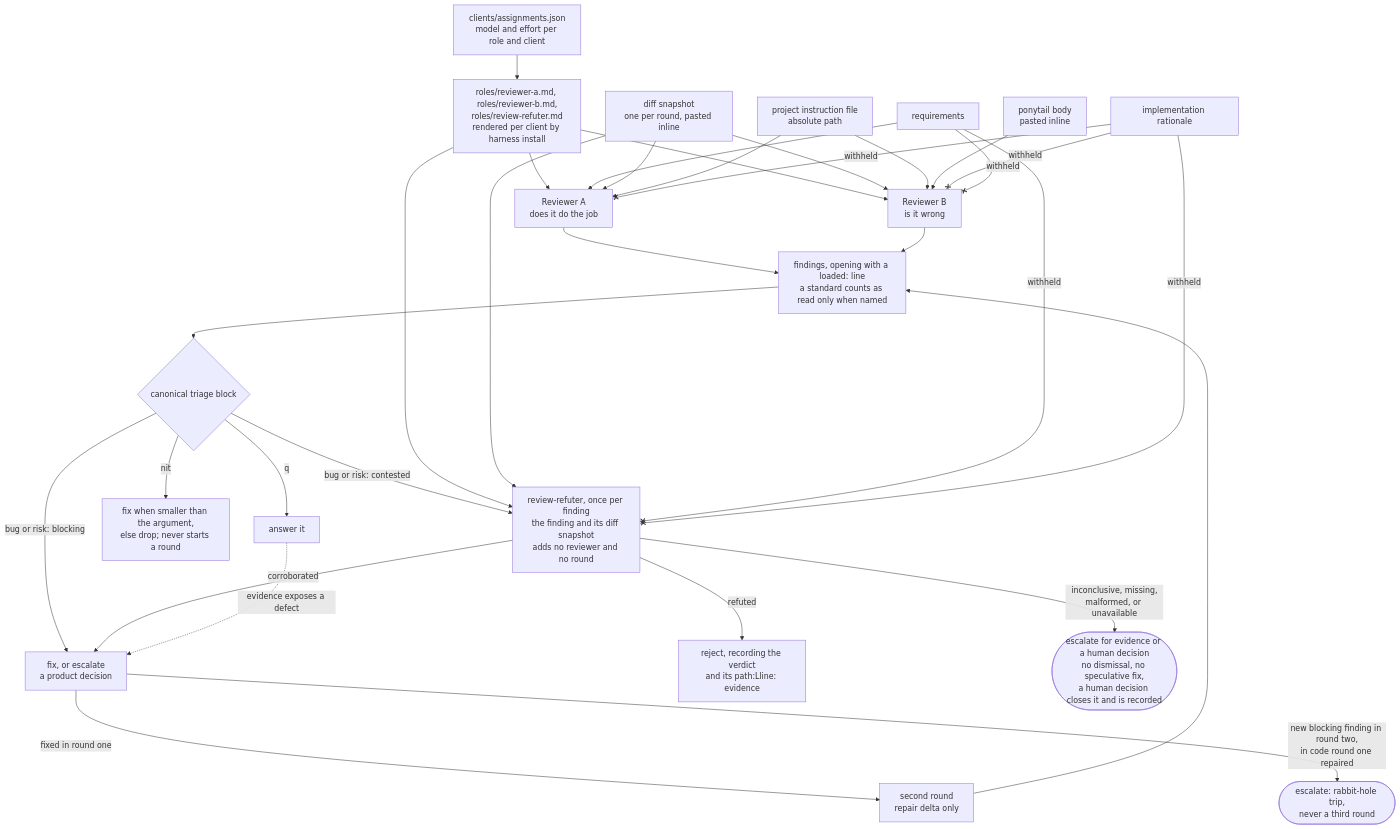
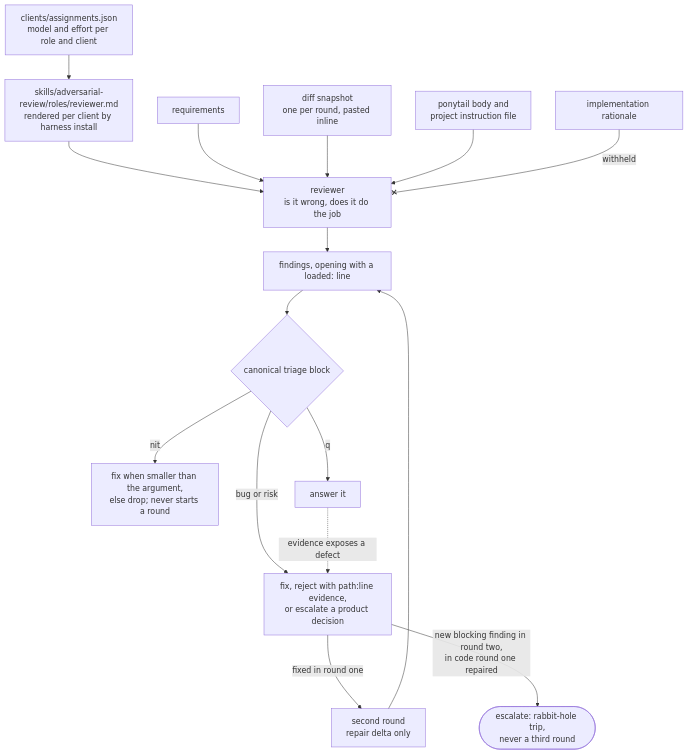
The second of 4 diagrams in README.md (jvillegasd/harness), drawn with Mermaid before and after one commit. The commit also changed other lines of this file and 58 other files, not shown here.

````diff
--- a/README.md
+++ b/README.md
@@ -130,33 +131,18 @@
 ```mermaid
 flowchart TD
-    assign["clients/assignments.json<br>model and effort per role and client"] --> roles["roles/reviewer-a.md, roles/reviewer-b.md,<br>roles/review-refuter.md<br>rendered per client by harness install"]
-    roles --> a["Reviewer A<br>does it do the job"]
-    roles --> b["Reviewer B<br>is it wrong"]
-    req["requirements"] --> a
-    snap["diff snapshot<br>one per round, pasted inline"] --> a
-    snap --> b
-    project["project instruction file<br>absolute path"] --> a
-    project --> b
-    ponytail["ponytail body<br>pasted inline"] --> b
-    rationale["implementation rationale"] --x|withheld| a
-    rationale --x|withheld| b
-    req --x|withheld| b
-    a --> findings["findings, opening with a loaded: line<br>a standard counts as read only when named"]
-    b --> findings
+    assign["clients/assignments.json<br>model and effort per role and client"] --> role["skills/adversarial-review/roles/reviewer.md<br>rendered per client by harness install"]
+    role --> r["reviewer<br>is it wrong, does it do the job"]
+    req["requirements"] --> r
+    snap["diff snapshot<br>one per round, pasted inline"] --> r
+    standards["ponytail body and<br>project instruction file"] --> r
+    rationale["implementation rationale"] --x|withheld| r
+    r --> findings["findings, opening with a loaded: line"]
     findings --> triage{"canonical triage block"}
-    triage -->|bug or risk: blocking| blocking["fix, or escalate<br>a product decision"]
-    triage -->|bug or risk: contested| refuter["review-refuter, once per finding<br>the finding and its diff snapshot<br>adds no reviewer and no round"]
-    roles --> refuter
-    snap --> refuter
-    req --x|withheld| refuter
-    rationale --x|withheld| refuter
-    refuter -->|corroborated| blocking
-    refuter -->|refuted| rejected["reject, recording the verdict<br>and its path:Lline: evidence"]
-    refuter -->|inconclusive, missing,<br>malformed, or unavailable| uncertain(["escalate for evidence or a human decision<br>no dismissal, no speculative fix,<br>a human decision closes it and is recorded"])
+    triage -->|bug or risk| blocking["fix, reject with path:line evidence,<br>or escalate a product decision"]
     triage -->|nit| nit["fix when smaller than the argument,<br>else drop; never starts a round"]
     triage -->|q| question["answer it"]
     question -.->|evidence exposes a defect| blocking
     blocking -->|fixed in round one| delta["second round<br>repair delta only"]
     delta --> findings
     blocking -->|new blocking finding in round two,<br>in code round one repaired| escalate(["escalate: rabbit-hole trip,<br>never a third round"])
 ```
````
